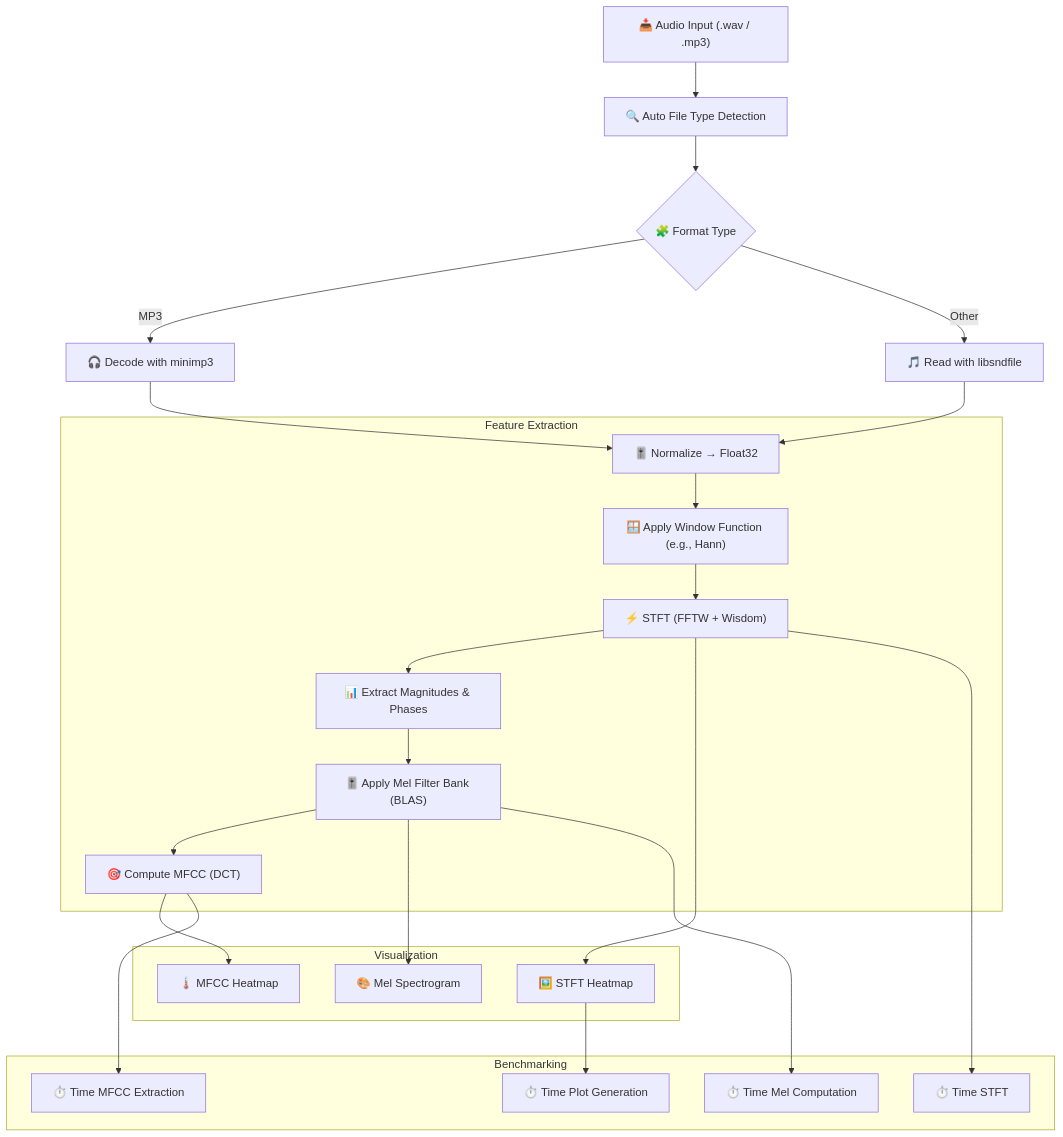
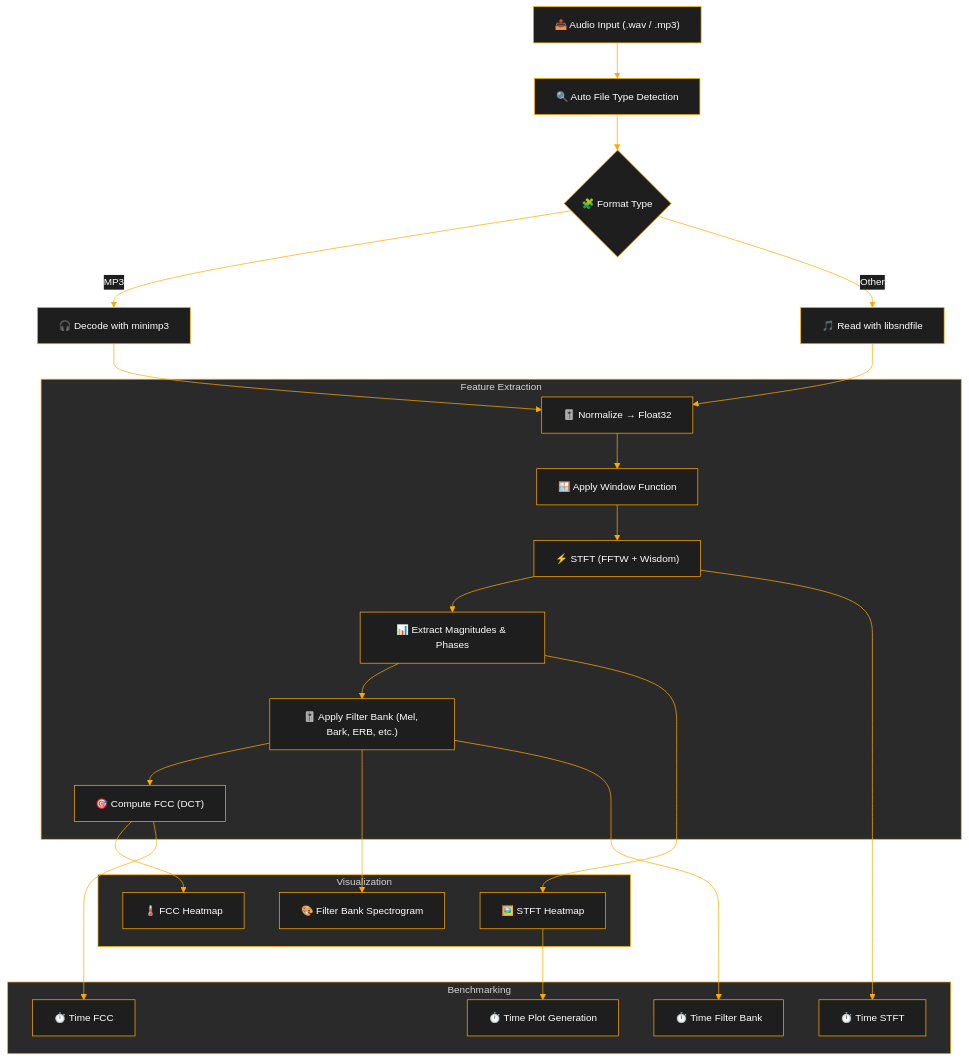
One commit to 8g6-new/c_spectrogram changed the diagram in README.md. Above: the diagram before and after it, drawn with Mermaid. The commit also changed other lines of this file and 33 other files, not shown here.

````diff
--- a/README.md
+++ b/README.md
@@ -48,50 +40,48 @@
 ```mermaid
 %%{init: {
   "theme": "base",
   "themeVariables": {
-    "primaryColor": "#1e1e1e",          %% Node background (very dark)
-    "primaryTextColor": "#ffffff",      %% Text color (white)
-    "primaryBorderColor": "#ffaa00",    %% Orange border for visibility
-    "clusterBkg": "#2a2a2a",            %% Subgraph background (dark gray)
-    "clusterBorder": "#ffaa00",         %% Subgraph border color
-    "lineColor": "#ffaa00",             %% Arrow color
+    "primaryColor": "#1e1e1e",
+    "primaryTextColor": "#ffffff",
+    "primaryBorderColor": "#ffaa00",
+    "clusterBkg": "#2a2a2a",
+    "clusterBorder": "#ffaa00",
+    "lineColor": "#ffaa00",
     "fontSize": "14px",
     "fontFamily": "monospace"
   }
 }}%%
 
 flowchart TD
-
     %% Input and Decoding
     A["📥 Audio Input (.wav / .mp3)"] --> B["🔍 Auto File Type Detection"]
     B --> C{"🧩 Format Type"}
     C -->|MP3| D["🎧 Decode with minimp3"]
     C -->|Other| E["🎵 Read with libsndfile"]
     D --> F["🎚️ Normalize → Float32"]
     E --> F
 
     %% Feature Extraction
     subgraph Feature Extraction
-        F --> G["🪟 Apply Window Function (e.g., Hann)"]
+        F --> G["🪟 Apply Window Function"]
         G --> H["⚡ STFT (FFTW + Wisdom)"]
         H --> I["📊 Extract Magnitudes & Phases"]
-        I --> J["🎚️ Apply Mel Filter Bank (BLAS)"]
-        J --> K["🎯 Compute MFCC (DCT)"]
+        I --> J["🎚️ Apply Filter Bank (Mel, Bark, ERB, etc.)"]
+        J --> K["🎯 Compute FCC (DCT)"]
     end
 
     %% Visualization
     subgraph Visualization
-        H --> V1["🖼️ STFT Heatmap"]
-        J --> V2["🎨 Mel Spectrogram"]
-        K --> V3["🌡️ MFCC Heatmap"]
+        I --> V1["🖼️ STFT Heatmap"]
+        J --> V2["🎨 Filter Bank Spectrogram"]
+        K --> V3["🌡️ FCC Heatmap"]
     end
 
     %% Benchmarking
     subgraph Benchmarking
         H --> B1["⏱️ Time STFT"]
-        J --> B2["⏱️ Time Mel Computation"]
-        K --> B3["⏱️ Time MFCC Extraction"]
+        J --> B2["⏱️ Time Filter Bank"]
+        K --> B3["⏱️ Time FCC"]
         V1 --> B4["⏱️ Time Plot Generation"]
     end
-
 ```
````
